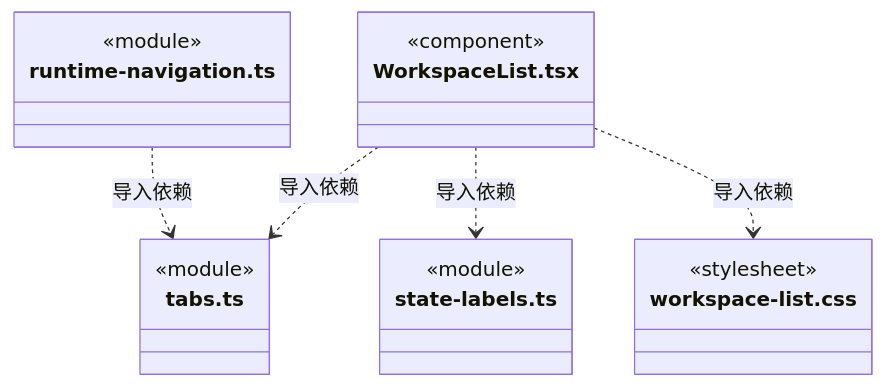
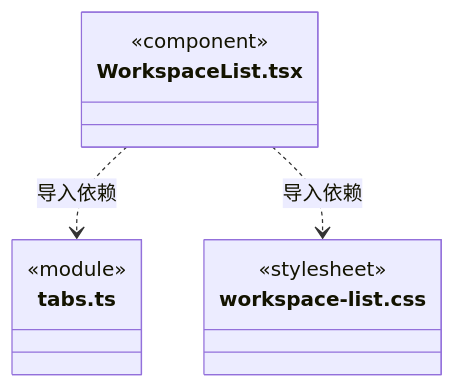
Before and after one commit to nan023062/cbim: diagram 17 of 18 in src/frontend/shell/ARCHITECTURE.md, drawn with Mermaid. The commit also changed other lines of this file and 61 other files, not shown here.

````diff
--- a/src/frontend/shell/ARCHITECTURE.md
+++ b/src/frontend/shell/ARCHITECTURE.md
@@ -307,22 +297,14 @@
 ```mermaid
 classDiagram
-class N_src_frontend_shell_runtime_navigation_ts["runtime-navigation.ts"] {
-  <<module>>
-}
-class N_src_frontend_shell_tabs_ts["tabs.ts"] {
-  <<module>>
-}
 class N_src_frontend_shell_WorkspaceList_tsx["WorkspaceList.tsx"] {
   <<component>>
 }
-class N_src_frontend_shell_state_labels_ts["state-labels.ts"] {
+class N_src_frontend_shell_tabs_ts["tabs.ts"] {
   <<module>>
 }
 class N_src_frontend_shell_workspace_list_css["workspace-list.css"] {
   <<stylesheet>>
 }
-N_src_frontend_shell_runtime_navigation_ts ..> N_src_frontend_shell_tabs_ts : 导入依赖
 N_src_frontend_shell_WorkspaceList_tsx ..> N_src_frontend_shell_tabs_ts : 导入依赖
-N_src_frontend_shell_WorkspaceList_tsx ..> N_src_frontend_shell_state_labels_ts : 导入依赖
 N_src_frontend_shell_WorkspaceList_tsx ..> N_src_frontend_shell_workspace_list_css : 导入依赖
 ```
````
